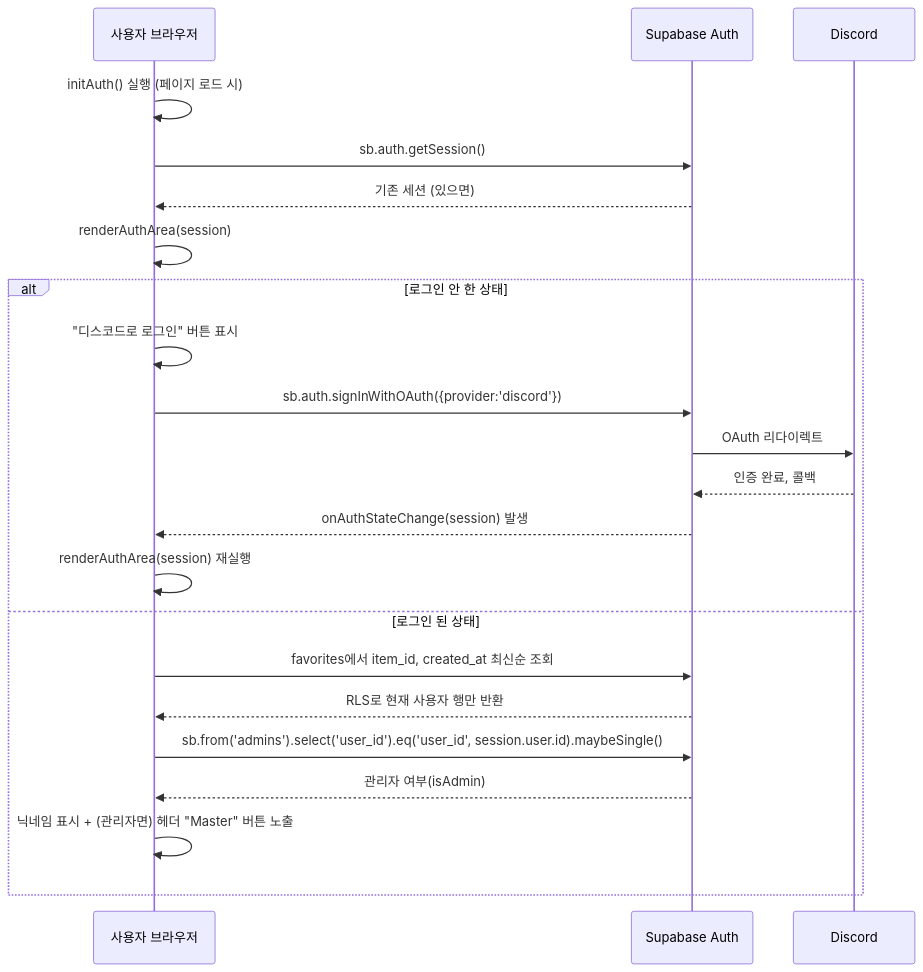
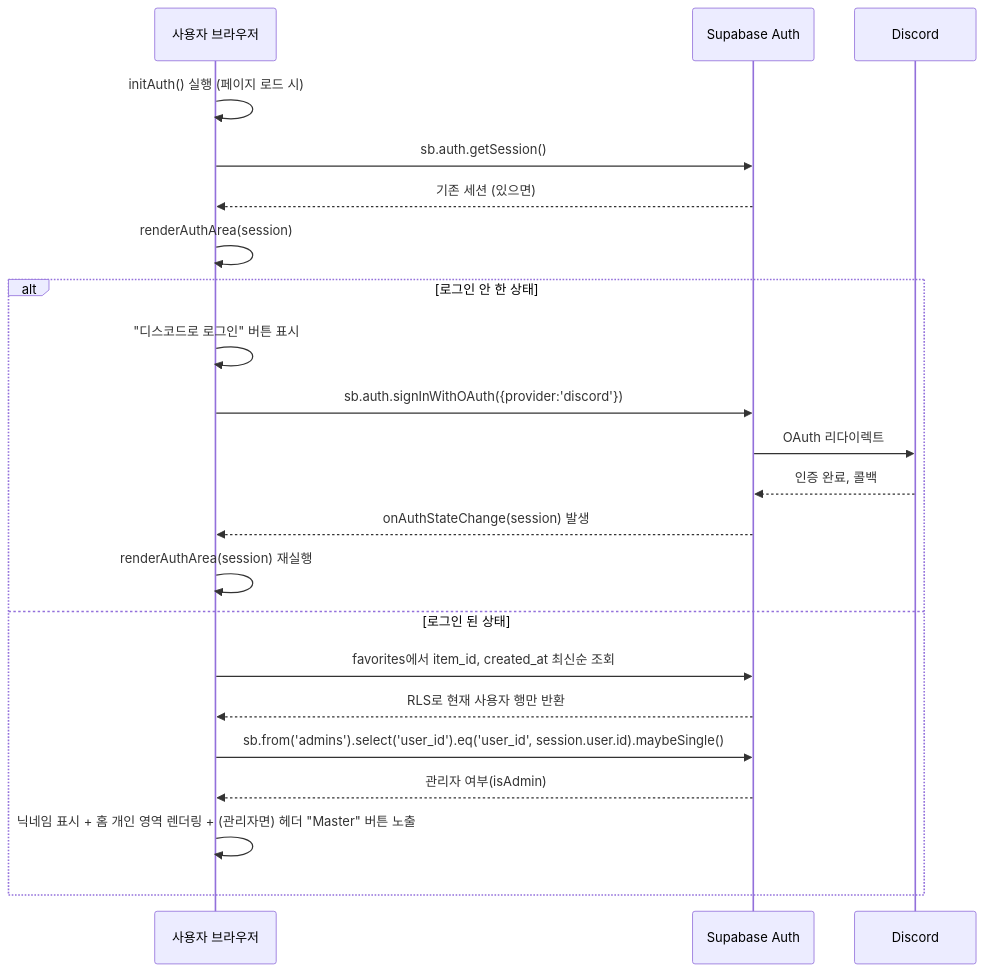
Before and after one commit to K-Hena/sudden-archive: the diagram in docs/architecture/auth-flow.md, drawn with Mermaid. The commit also changed other lines of this file and 9 other files, not shown here.

````diff
--- a/docs/architecture/auth-flow.md
+++ b/docs/architecture/auth-flow.md
@@ -9,26 +9,26 @@
 ```mermaid
 sequenceDiagram
     participant U as 사용자 브라우저
     participant S as Supabase Auth
     participant D as Discord
 
     U->>U: initAuth() 실행 (페이지 로드 시)
     U->>S: sb.auth.getSession()
     S-->>U: 기존 세션 (있으면)
     U->>U: renderAuthArea(session)
 
     alt 로그인 안 한 상태
         U->>U: "디스코드로 로그인" 버튼 표시
         U->>S: sb.auth.signInWithOAuth({provider:'discord'})
         S->>D: OAuth 리다이렉트
         D-->>S: 인증 완료, 콜백
         S-->>U: onAuthStateChange(session) 발생
         U->>U: renderAuthArea(session) 재실행
     else 로그인 된 상태
         U->>S: favorites에서 item_id, created_at 최신순 조회
         S-->>U: RLS로 현재 사용자 행만 반환
         U->>S: sb.from('admins').select('user_id').eq('user_id', session.user.id).maybeSingle()
         S-->>U: 관리자 여부(isAdmin)
-        U->>U: 닉네임 표시 + (관리자면) 헤더 "Master" 버튼 노출
+        U->>U: 닉네임 표시 + 홈 개인 영역 렌더링 + (관리자면) 헤더 "Master" 버튼 노출
     end
 ```
````
